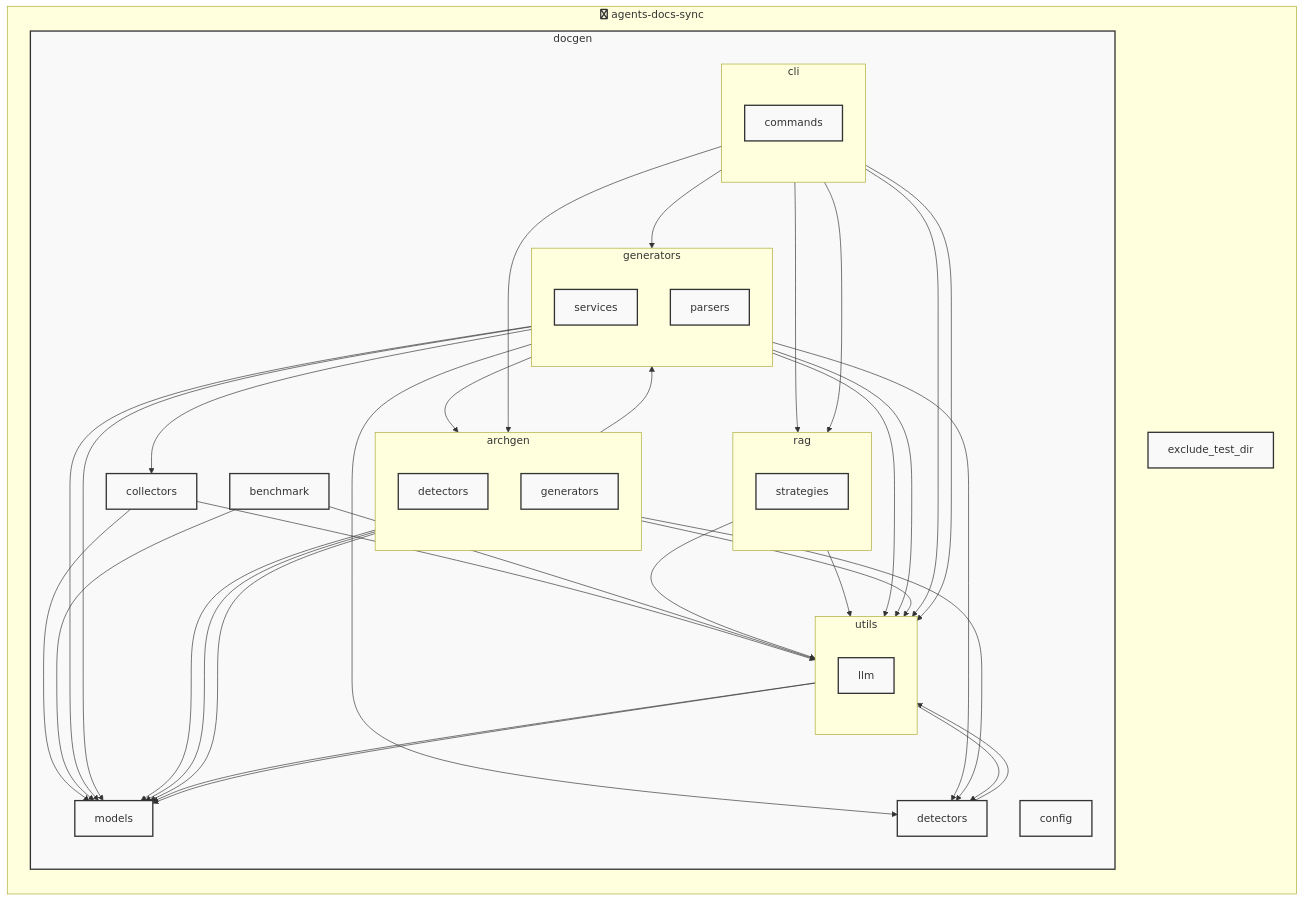
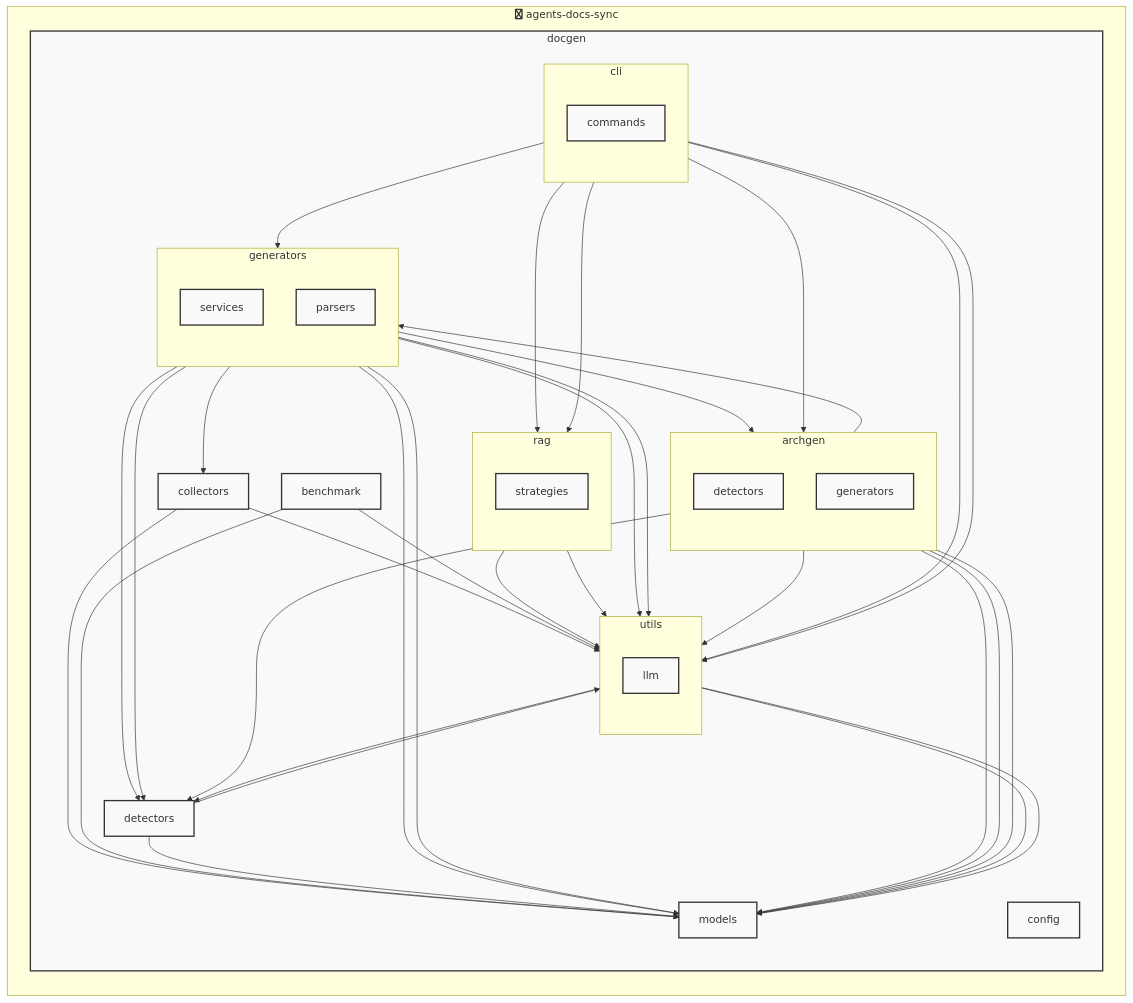
Before and after one commit to shiohamu/agents-docs-sync: the diagram in docs/architecture/architecture.mmd, drawn with Mermaid. The commit also changed 29 other files, not shown here.

```diff
--- a/docs/architecture/architecture.mmd
+++ b/docs/architecture/architecture.mmd
@@ -1,79 +1,80 @@
 graph TB
     %% Auto-generated architecture diagram
 
     subgraph agents_docs_sync [fa:fa-python agents-docs-sync]
         direction TB
-        exclude_test_dir["exclude_test_dir"]:::moduleStyle
         subgraph docgen [docgen]
             direction TB
             docgen_collectors["collectors"]:::moduleStyle
             subgraph docgen_utils [utils]
                 direction TB
                 docgen_utils_llm["llm"]:::moduleStyle
             end
             class docgen_utils moduleStyle
             subgraph docgen_cli [cli]
                 direction TB
                 docgen_cli_commands["commands"]:::moduleStyle
             end
             class docgen_cli moduleStyle
             docgen_models["models"]:::moduleStyle
             subgraph docgen_archgen [archgen]
                 direction TB
                 docgen_archgen_detectors["detectors"]:::moduleStyle
                 docgen_archgen_generators["generators"]:::moduleStyle
             end
             class docgen_archgen moduleStyle
             docgen_benchmark["benchmark"]:::moduleStyle
             docgen_detectors["detectors"]:::moduleStyle
             subgraph docgen_generators [generators]
                 direction TB
                 docgen_generators_services["services"]:::moduleStyle
                 docgen_generators_parsers["parsers"]:::moduleStyle
             end
             class docgen_generators moduleStyle
             subgraph docgen_rag [rag]
                 direction TB
                 docgen_rag_strategies["strategies"]:::moduleStyle
             end
             class docgen_rag moduleStyle
             docgen_config["config"]:::moduleStyle
         end
         class docgen moduleStyle
     end
+    agents_docs_sync["fa:fa-cube agents-docs-sync"]
 
     docgen_collectors --> docgen_models
     docgen_collectors --> docgen_utils
     docgen_utils --> docgen_detectors
     docgen_utils --> docgen_models
     docgen_utils_llm --> docgen_models
     docgen_cli --> docgen_archgen
     docgen_cli --> docgen_generators
     docgen_cli --> docgen_rag
     docgen_cli --> docgen_utils
     docgen_cli_commands --> docgen_rag
     docgen_cli_commands --> docgen_utils
     docgen_archgen --> docgen_detectors
     docgen_archgen --> docgen_generators
     docgen_archgen --> docgen_models
     docgen_archgen --> docgen_utils
     docgen_archgen_detectors --> docgen_models
     docgen_archgen_generators --> docgen_models
     docgen_benchmark --> docgen_models
     docgen_benchmark --> docgen_utils
+    docgen_detectors --> docgen_models
     docgen_detectors --> docgen_utils
     docgen_generators --> docgen_archgen
     docgen_generators --> docgen_collectors
     docgen_generators --> docgen_detectors
     docgen_generators --> docgen_models
     docgen_generators --> docgen_utils
     docgen_generators_parsers --> docgen_detectors
     docgen_generators_parsers --> docgen_models
     docgen_generators_parsers --> docgen_utils
     docgen_rag --> docgen_utils
     docgen_rag_strategies --> docgen_utils
 
     classDef pythonStyle fill:#3776ab,stroke:#ffd43b,stroke-width:2px,color:#fff
     classDef dockerStyle fill:#2496ed,stroke:#1d63ed,stroke-width:2px,color:#fff
     classDef dbStyle fill:#336791,stroke:#6b9cd6,stroke-width:2px,color:#fff
     classDef moduleStyle fill:#f9f9f9,stroke:#333,stroke-width:2px
```
